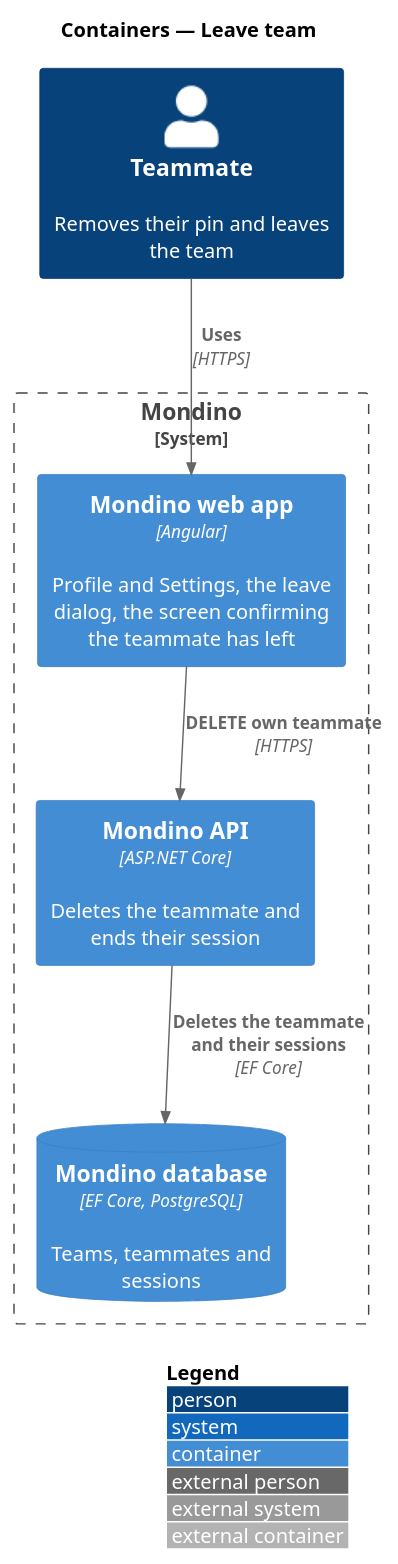
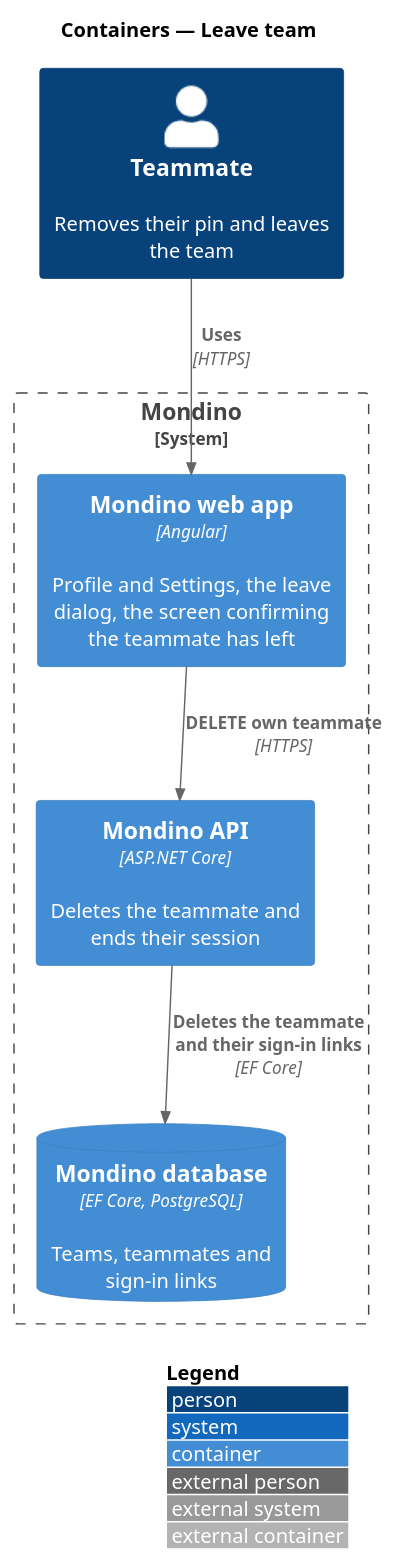
One commit to QuinntyneBrown/Mondino changed the diagram in docs/detailed-designs/profile/leave-team/diagrams/c4-container.puml. Above: the diagram before and after it, drawn with PlantUML. The commit also changed 16 other files, not shown here.

```diff
--- a/docs/detailed-designs/profile/leave-team/diagrams/c4-container.puml
+++ b/docs/detailed-designs/profile/leave-team/diagrams/c4-container.puml
@@ -1,16 +1,16 @@
 @startuml
 !include <C4/C4_Container>
 LAYOUT_WITH_LEGEND()
 title Containers — Leave team
 
 Person(viewer, "Teammate", "Removes their pin and leaves the team")
 System_Boundary(mondino, "Mondino") {
   Container(spa, "Mondino web app", "Angular", "Profile and Settings, the leave dialog, the screen confirming the teammate has left")
   Container(api, "Mondino API", "ASP.NET Core", "Deletes the teammate and ends their session")
-  ContainerDb(db, "Mondino database", "EF Core, PostgreSQL", "Teams, teammates and sessions")
+  ContainerDb(db, "Mondino database", "EF Core, PostgreSQL", "Teams, teammates and sign-in links")
 }
 
 Rel(viewer, spa, "Uses", "HTTPS")
 Rel(spa, api, "DELETE own teammate", "HTTPS")
-Rel(api, db, "Deletes the teammate and their sessions", "EF Core")
+Rel(api, db, "Deletes the teammate and their sign-in links", "EF Core")
 @enduml
```
